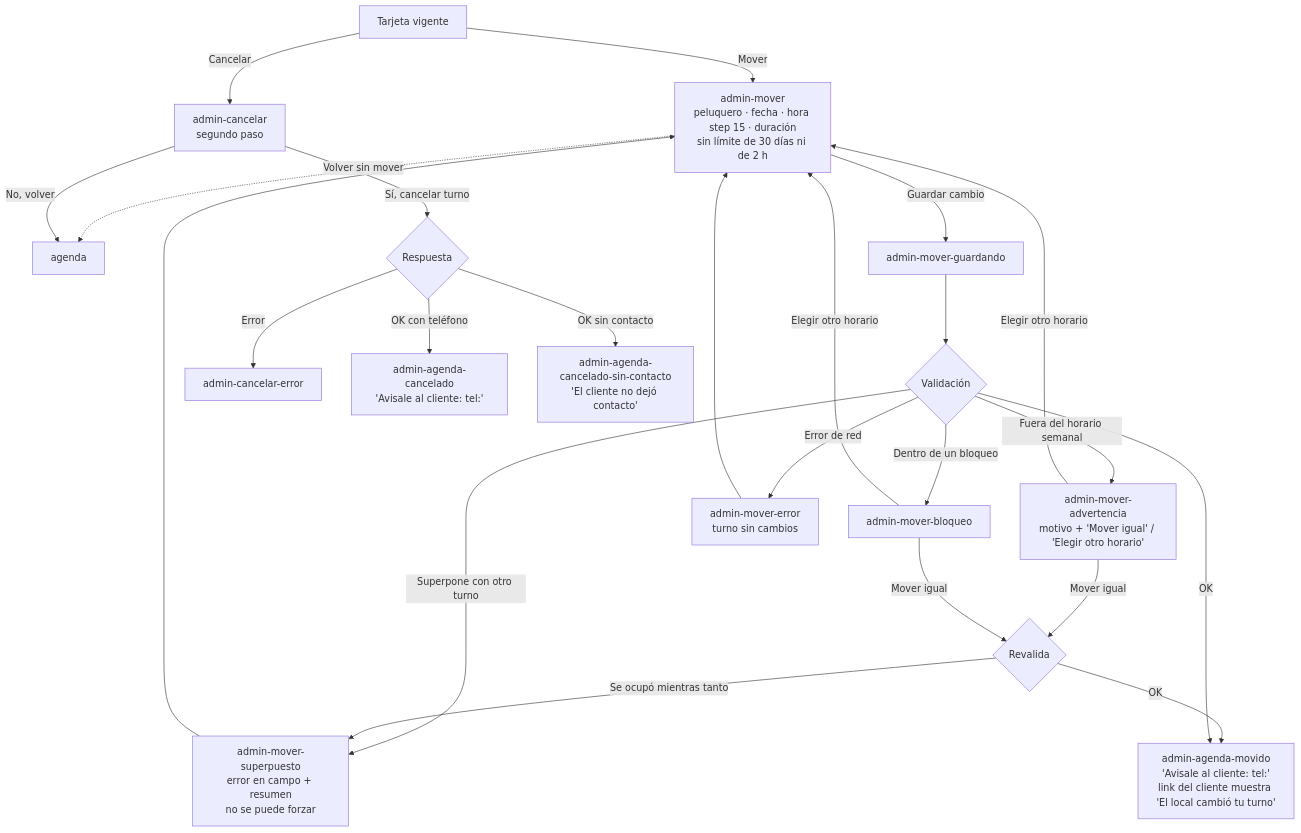
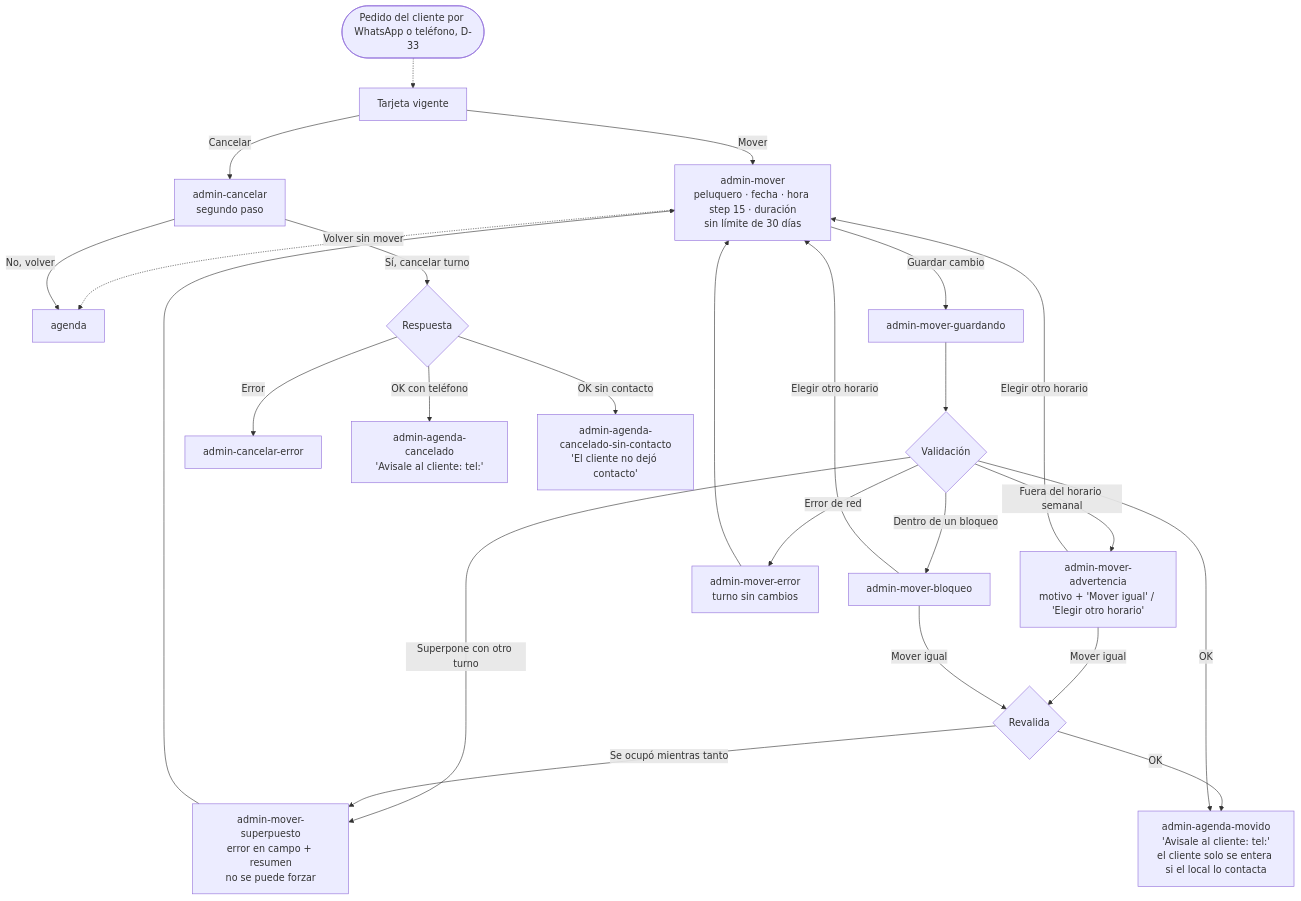
Before and after one commit to gm2dev/coop-agents-design: diagram 15 of 16 in initiatives/turnos-peluqueria-mvp/flows.md, drawn with Mermaid. The commit also changed other lines of this file and 102 other files, not shown here.

Commit message:
feat(turnos-peluqueria-mvp): quitar link privado, cambiar/cancelar del cliente y calendario; aviso de contacto por WhatsApp (D-33 a D-36, DD-37, DD-38; v0.7)

````diff
--- a/initiatives/turnos-peluqueria-mvp/flows.md
+++ b/initiatives/turnos-peluqueria-mvp/flows.md
@@ -313,24 +279,25 @@
 ```mermaid
 flowchart TD
-  card[Tarjeta vigente] -->|Mover| form[admin-mover<br/>peluquero · fecha · hora step 15 · duración<br/>sin límite de 30 días ni de 2 h]
+  wa([Pedido del cliente por WhatsApp o teléfono, D-33]) -.-> card
+  card[Tarjeta vigente] -->|Mover| form[admin-mover<br/>peluquero · fecha · hora step 15 · duración<br/>sin límite de 30 días]
   form -.->|Volver sin mover| ag[agenda]
   form -->|Guardar cambio| send[admin-mover-guardando]
   send --> chk{Validación}
   chk -->|Superpone con otro turno| sup[admin-mover-superpuesto<br/>error en campo + resumen<br/>no se puede forzar]
   sup --> form
   chk -->|Fuera del horario semanal| w1[admin-mover-advertencia<br/>motivo + 'Mover igual' / 'Elegir otro horario']
   chk -->|Dentro de un bloqueo| w2[admin-mover-bloqueo]
   w1 & w2 -->|Elegir otro horario| form
   w1 & w2 -->|Mover igual| rev{Revalida}
   rev -->|Se ocupó mientras tanto| sup
   rev -->|OK| ok
   chk -->|Error de red| err[admin-mover-error<br/>turno sin cambios]
   err --> form
-  chk -->|OK| ok[admin-agenda-movido<br/>'Avisale al cliente: tel:'<br/>link del cliente muestra 'El local cambió tu turno']
+  chk -->|OK| ok[admin-agenda-movido<br/>'Avisale al cliente: tel:'<br/>el cliente solo se entera si el local lo contacta]
   card -->|Cancelar| ask[admin-cancelar<br/>segundo paso]
   ask -->|No, volver| ag
   ask -->|Sí, cancelar turno| r{Respuesta}
   r -->|Error| cerr[admin-cancelar-error]
   r -->|OK con teléfono| c1[admin-agenda-cancelado<br/>'Avisale al cliente: tel:']
   r -->|OK sin contacto| c2[admin-agenda-cancelado-sin-contacto<br/>'El cliente no dejó contacto']
 ```
````
